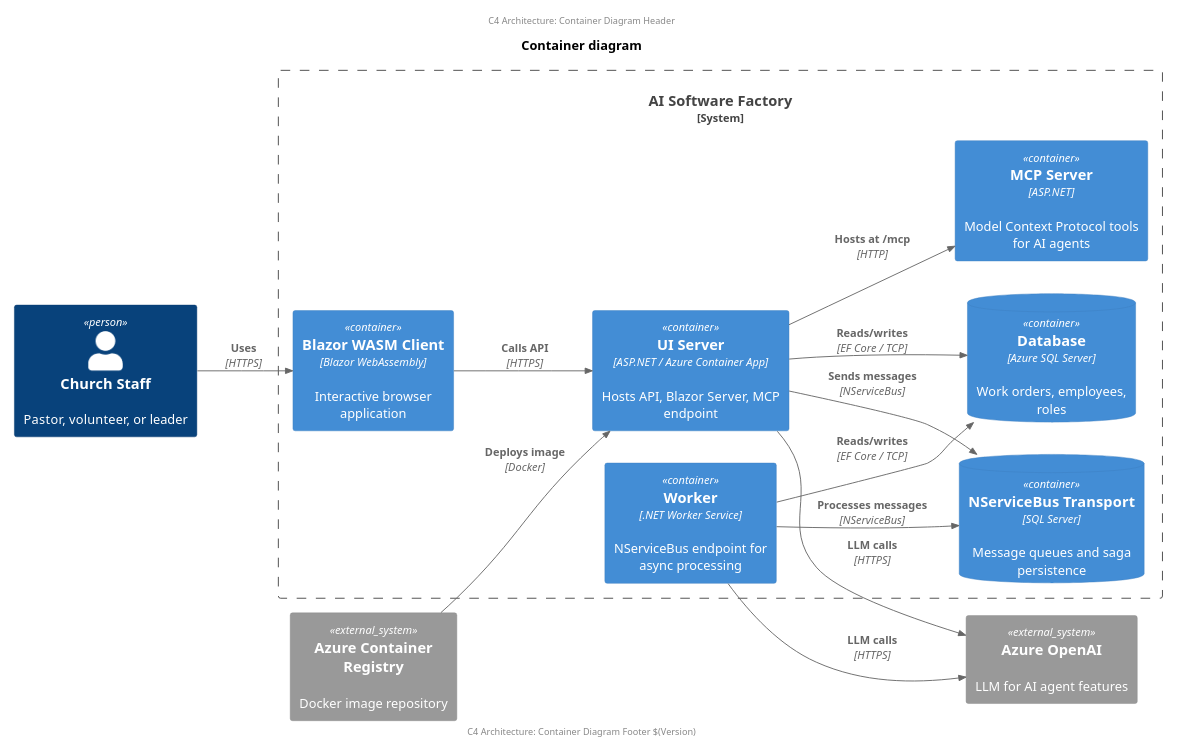
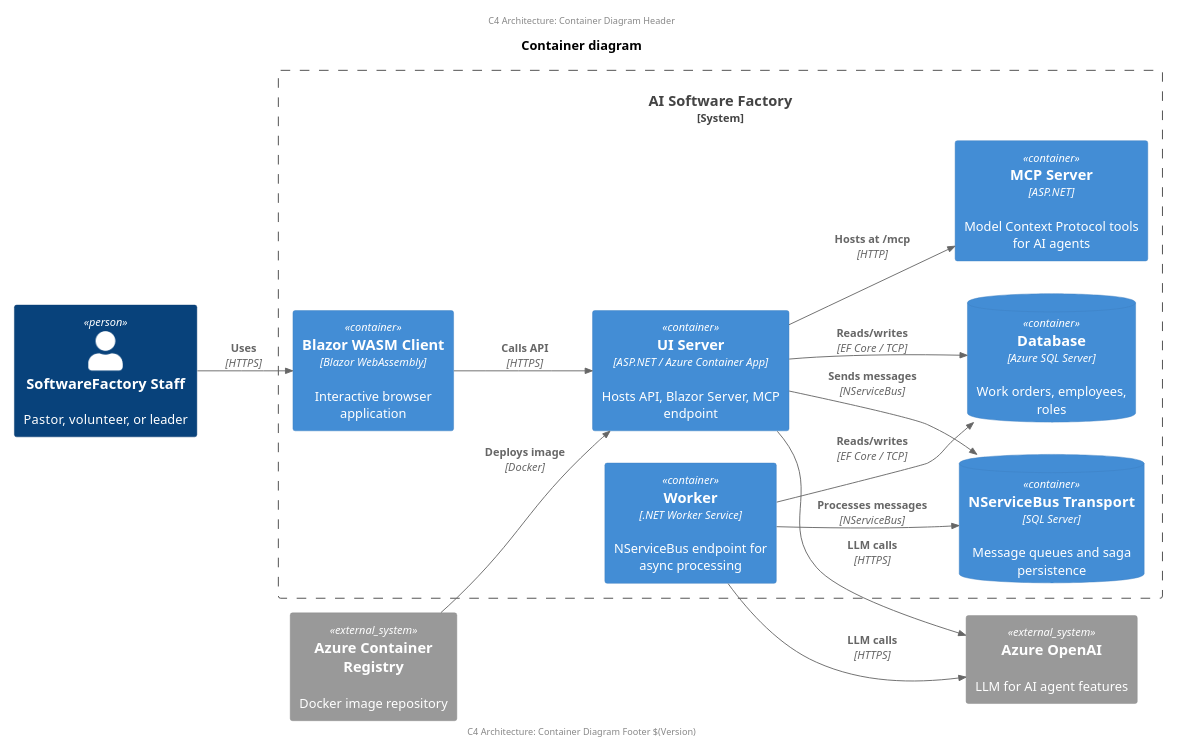
Before and after one commit to ClearMeasure/alice-v2: the diagram in arch/arch-c4-container-deployment.puml, drawn with PlantUML. The commit also changed 42 other files, not shown here.

First line of the commit message:
Rename ChurchBulletin to AISoftwareFactory, migrate .sln to .slnx

```diff
--- a/arch/arch-c4-container-deployment.puml
+++ b/arch/arch-c4-container-deployment.puml
@@ -1,41 +1,41 @@
 @startuml
 
 scale 2/3
 left to right direction
 center header
     C4 Architecture: Container Diagram Header
 endheader
 
 !includeurl https://raw.githubusercontent.com/RicardoNiepel/C4-PlantUML/master/C4_Container.puml
 
 title Container diagram 
 
-Person(user, "Church Staff", "Pastor, volunteer, or leader")
+Person(user, "SoftwareFactory Staff", "Pastor, volunteer, or leader")
 
 System_Boundary(system, "AI Software Factory") {
     Container(ui, "Blazor WASM Client", "Blazor WebAssembly", "Interactive browser application")
     Container(server, "UI Server", "ASP.NET / Azure Container App", "Hosts API, Blazor Server, MCP endpoint")
     Container(worker, "Worker", ".NET Worker Service", "NServiceBus endpoint for async processing")
     Container(mcpServer, "MCP Server", "ASP.NET", "Model Context Protocol tools for AI agents")
     ContainerDb(db, "Database", "Azure SQL Server", "Work orders, employees, roles")
     ContainerDb(nsbTransport, "NServiceBus Transport", "SQL Server", "Message queues and saga persistence")
 }
 
 System_Ext(azureOpenAI, "Azure OpenAI", "LLM for AI agent features")
 System_Ext(acr, "Azure Container Registry", "Docker image repository")
 
 Rel(user, ui, "Uses", "HTTPS")
 Rel(ui, server, "Calls API", "HTTPS")
 Rel(server, db, "Reads/writes", "EF Core / TCP")
 Rel(server, nsbTransport, "Sends messages", "NServiceBus")
 Rel(worker, nsbTransport, "Processes messages", "NServiceBus")
 Rel(worker, db, "Reads/writes", "EF Core / TCP")
 Rel(server, mcpServer, "Hosts at /mcp", "HTTP")
 Rel(server, azureOpenAI, "LLM calls", "HTTPS")
 Rel(worker, azureOpenAI, "LLM calls", "HTTPS")
 Rel(acr, server, "Deploys image", "Docker")
 
 center footer
     C4 Architecture: Container Diagram Footer $(Version)
 endfooter
 @enduml
```
